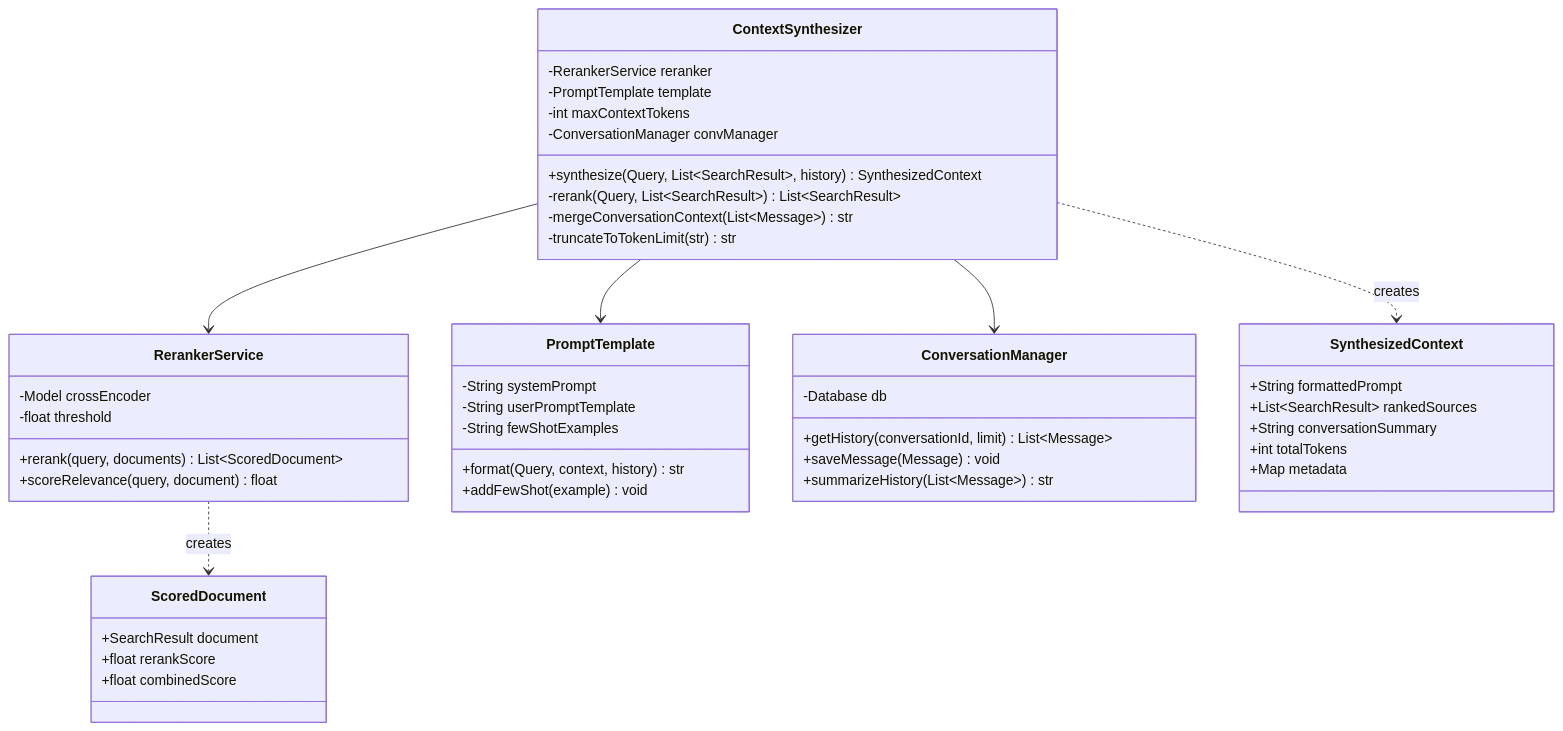
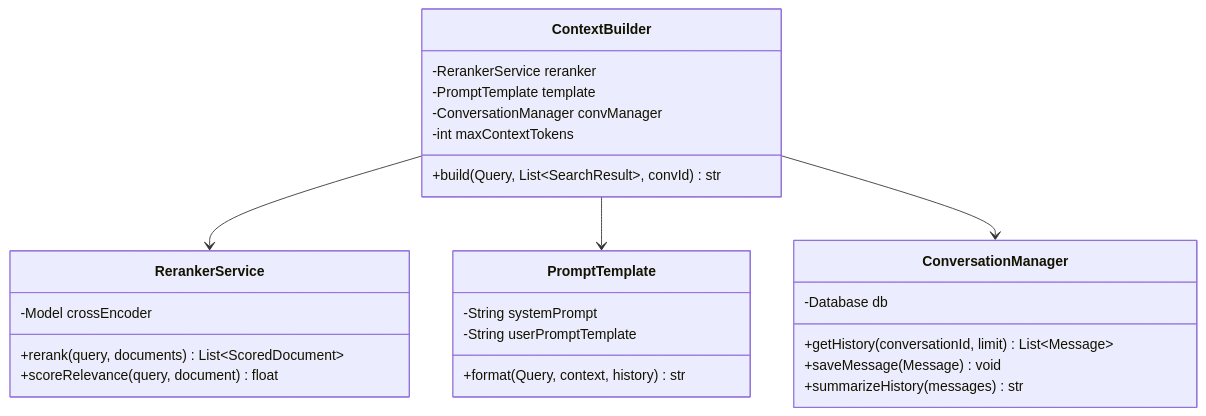
Before and after one commit to tvanle/Module2-HTTM: the seventh of 10 diagrams in README.md, drawn with Mermaid. The commit also changed other lines of this file, not shown here.

````diff
--- a/README.md
+++ b/README.md
@@ -676,55 +457,33 @@
 ```mermaid
 classDiagram
-    class ContextSynthesizer {
+    class ContextBuilder {
         -RerankerService reranker
         -PromptTemplate template
+        -ConversationManager convManager
         -int maxContextTokens
-        -ConversationManager convManager
-        +synthesize(Query, List~SearchResult~, history) SynthesizedContext
-        -rerank(Query, List~SearchResult~) List~SearchResult~
-        -mergeConversationContext(List~Message~) str
-        -truncateToTokenLimit(str) str
+        +build(Query, List~SearchResult~, convId) str
     }
 
     class RerankerService {
         -Model crossEncoder
-        -float threshold
         +rerank(query, documents) List~ScoredDocument~
         +scoreRelevance(query, document) float
     }
 
     class PromptTemplate {
         -String systemPrompt
         -String userPromptTemplate
-        -String fewShotExamples
         +format(Query, context, history) str
-        +addFewShot(example) void
     }
 
     class ConversationManager {
         -Database db
         +getHistory(conversationId, limit) List~Message~
         +saveMessage(Message) void
-        +summarizeHistory(List~Message~) str
+        +summarizeHistory(messages) str
     }
 
-    class SynthesizedContext {
-        +String formattedPrompt
-        +List~SearchResult~ rankedSources
-        +String conversationSummary
-        +int totalTokens
-        +Map metadata
-    }
-
-    class ScoredDocument {
-        +SearchResult document
-        +float rerankScore
-        +float combinedScore
-    }
-
-    ContextSynthesizer --> RerankerService
-    ContextSynthesizer --> PromptTemplate
-    ContextSynthesizer --> ConversationManager
-    ContextSynthesizer ..> SynthesizedContext : creates
-    RerankerService ..> ScoredDocument : creates
+    ContextBuilder --> RerankerService
+    ContextBuilder --> PromptTemplate
+    ContextBuilder --> ConversationManager
 ```
````
